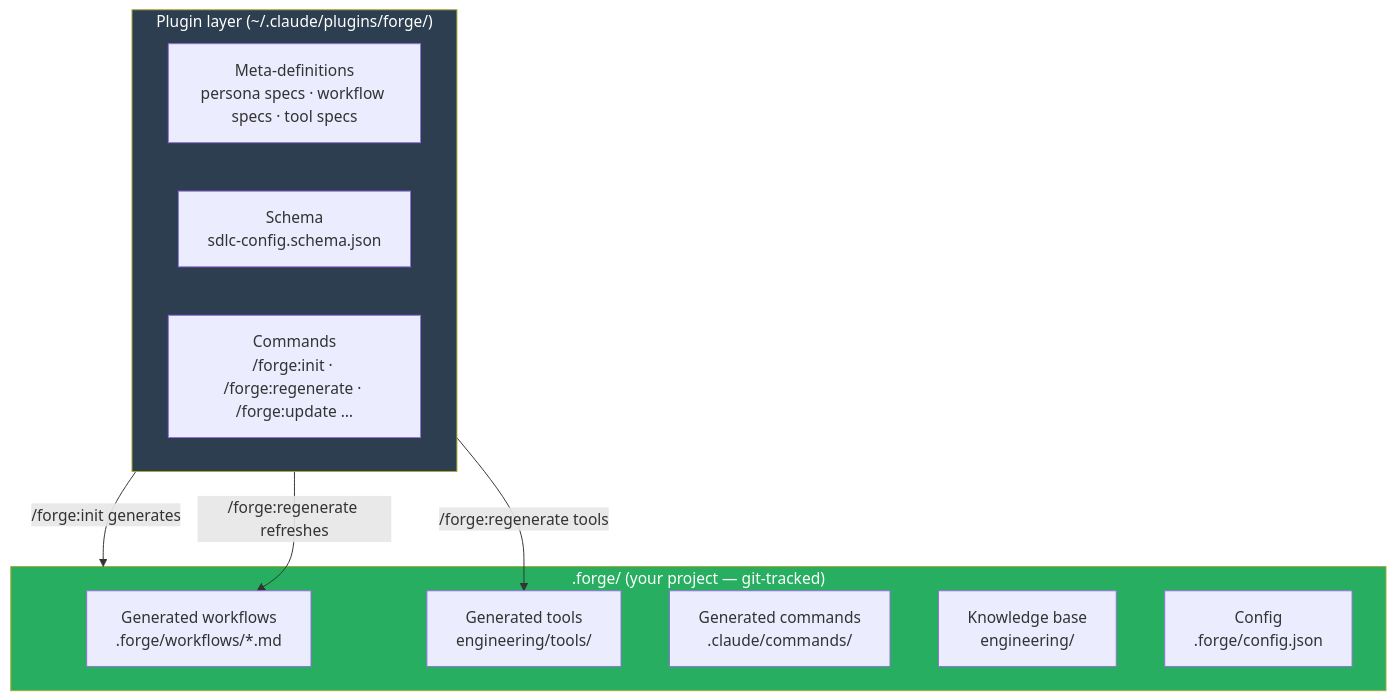
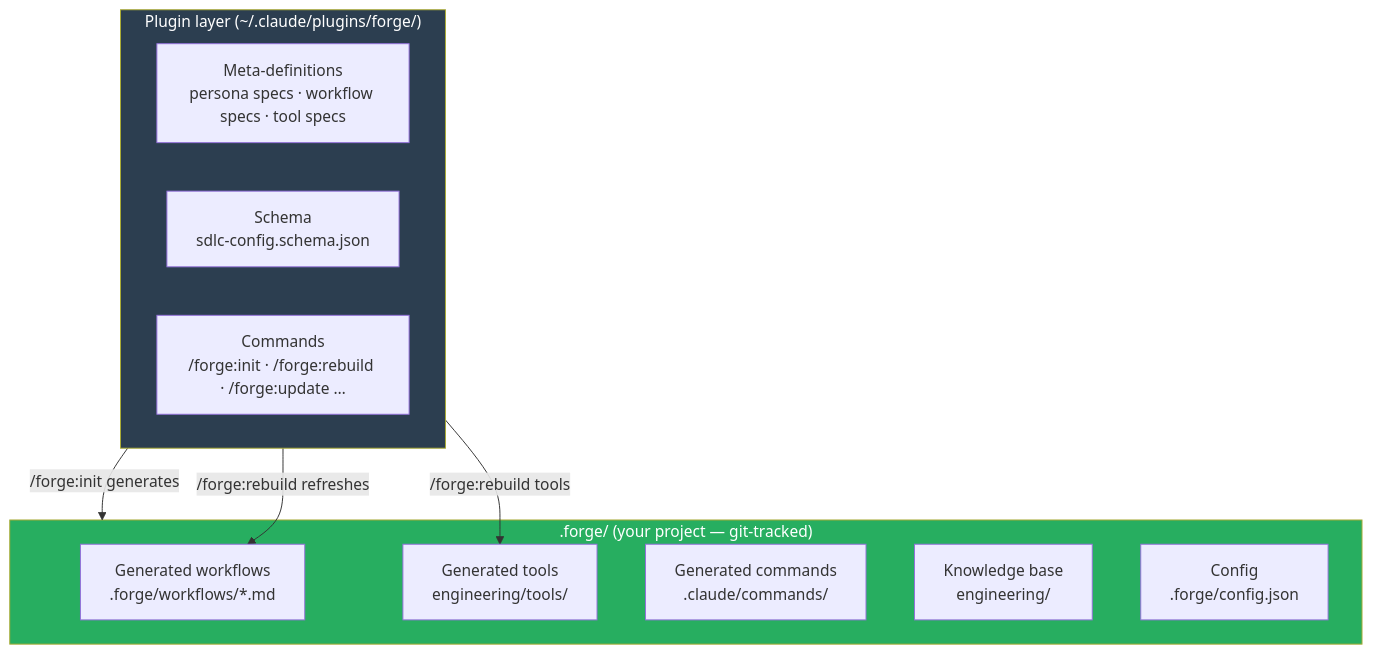
The first of 4 diagrams in docs/customising-workflows.md (Entelligentsia/forge), drawn with Mermaid before and after one commit. The commit also changed other lines of this file and 40 other files, not shown here.

````diff
--- a/docs/customising-workflows.md
+++ b/docs/customising-workflows.md
@@ -13,23 +13,23 @@
 ```mermaid
 flowchart TD
     subgraph plugin["Plugin layer  (~/.claude/plugins/forge/)"]
         M[Meta-definitions\npersona specs · workflow specs · tool specs]
         S[Schema\nsdlc-config.schema.json]
-        C[Commands\n/forge:init · /forge:regenerate · /forge:update …]
+        C[Commands\n/forge:init · /forge:rebuild · /forge:update …]
     end
 
     subgraph project[".forge/  (your project — git-tracked)"]
         GW[Generated workflows\n.forge/workflows/*.md]
         GT[Generated tools\nengineering/tools/]
         GC[Generated commands\n.claude/commands/]
         KB[Knowledge base\nengineering/]
         CF[Config\n.forge/config.json]
     end
 
     plugin -->|/forge:init generates| project
-    plugin -->|/forge:regenerate refreshes| GW
-    plugin -->|/forge:regenerate tools| GT
+    plugin -->|/forge:rebuild refreshes| GW
+    plugin -->|/forge:rebuild tools| GT
 
     style plugin fill:#2c3e50,color:#fff
     style project fill:#27ae60,color:#fff
 ```
````
